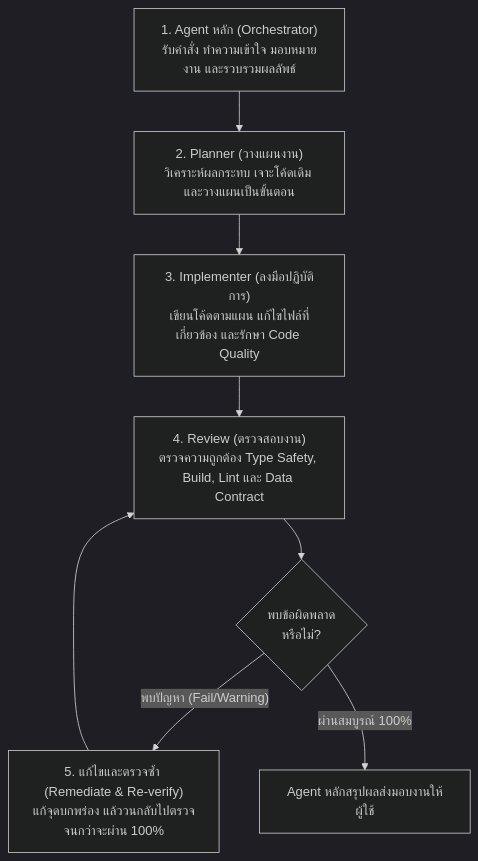
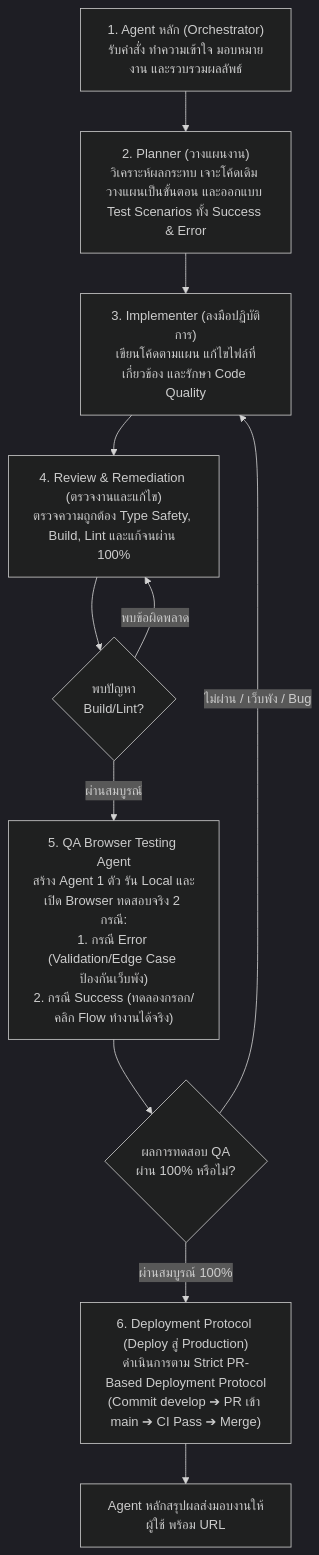
The diagram in AGENTS.md (IamPanawatDev/PocketWise), drawn with Mermaid (dark theme) before and after one commit. The commit also changed other lines of this file and 2 other files, not shown here.

Commit message:
docs(rules): update mandatory workflow to 6 steps with QA browser testing agent

````diff
--- a/AGENTS.md
+++ b/AGENTS.md
@@ -191,10 +191,13 @@
 ```mermaid
 flowchart TD
-    Step1["1. Agent หลัก (Orchestrator)\nรับคำสั่ง ทำความเข้าใจ มอบหมายงาน และรวบรวมผลลัพธ์"] --> Step2["2. Planner (วางแผนงาน)\nวิเคราะห์ผลกระทบ เจาะโค้ดเดิม และวางแผนเป็นขั้นตอน"]
+    Step1["1. Agent หลัก (Orchestrator)\nรับคำสั่ง ทำความเข้าใจ มอบหมายงาน และรวบรวมผลลัพธ์"] --> Step2["2. Planner (วางแผนงาน)\nวิเคราะห์ผลกระทบ เจาะโค้ดเดิม วางแผนเป็นขั้นตอน และออกแบบ Test Scenarios ทั้ง Success & Error"]
     Step2 --> Step3["3. Implementer (ลงมือปฏิบัติการ)\nเขียนโค้ดตามแผน แก้ไขไฟล์ที่เกี่ยวข้อง และรักษา Code Quality"]
-    Step3 --> Step4["4. Review (ตรวจสอบงาน)\nตรวจความถูกต้อง Type Safety, Build, Lint และ Data Contract"]
-    Step4 --> Check{"พบข้อผิดพลาด\nหรือไม่?"}
-    Check -- "พบปัญหา (Fail/Warning)" --> Step5["5. แก้ไขและตรวจซ้ำ (Remediate & Re-verify)\nแก้จุดบกพร่อง แล้ววนกลับไปตรวจจนกว่าจะผ่าน 100%"]
-    Step5 --> Step4
-    Check -- "ผ่านสมบูรณ์ 100%" --> Done["Agent หลักสรุปผลส่งมอบงานให้ผู้ใช้"]
+    Step3 --> Step4["4. Review & Remediation (ตรวจงานและแก้ไข)\nตรวจความถูกต้อง Type Safety, Build, Lint และแก้จนผ่าน 100%"]
+    Step4 --> Check1{"พบปัญหา\nBuild/Lint?"}
+    Check1 -- "พบข้อผิดพลาด" --> Step4
+    Check1 -- "ผ่านสมบูรณ์" --> Step5["5. QA Browser Testing Agent\nสร้าง Agent 1 ตัว รัน Local และเปิด Browser ทดสอบจริง 2 กรณี:\n1. กรณี Error (Validation/Edge Case ป้องกันเว็บพัง)\n2. กรณี Success (ทดลองกรอก/คลิก Flow ทำงานได้จริง)"]
+    Step5 --> Check2{"ผลการทดสอบ QA\nผ่าน 100% หรือไม่?"}
+    Check2 -- "ไม่ผ่าน / เว็บพัง / Bug" --> Step3
+    Check2 -- "ผ่านสมบูรณ์ 100%" --> Step6["6. Deployment Protocol (Deploy สู่ Production)\nดำเนินการตาม Strict PR-Based Deployment Protocol\n(Commit develop ➔ PR เข้า main ➔ CI Pass ➔ Merge)"]
+    Step6 --> Done["Agent หลักสรุปผลส่งมอบงานให้ผู้ใช้ พร้อม URL"]
 ```
````
